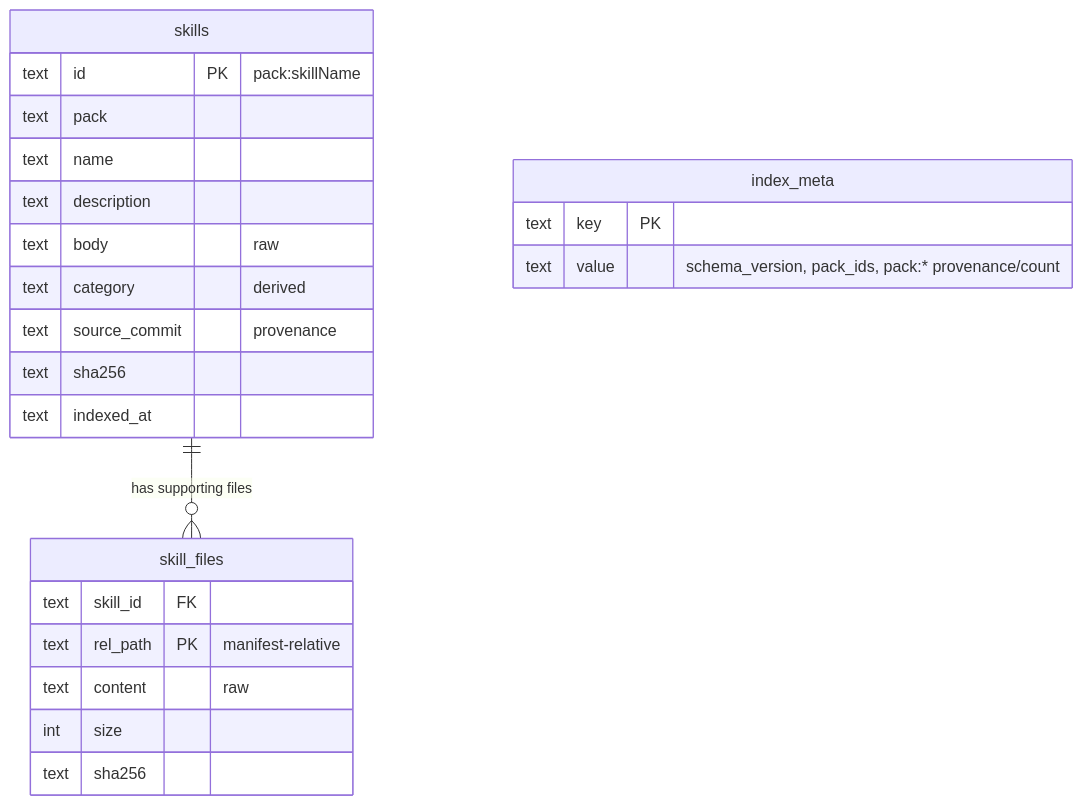
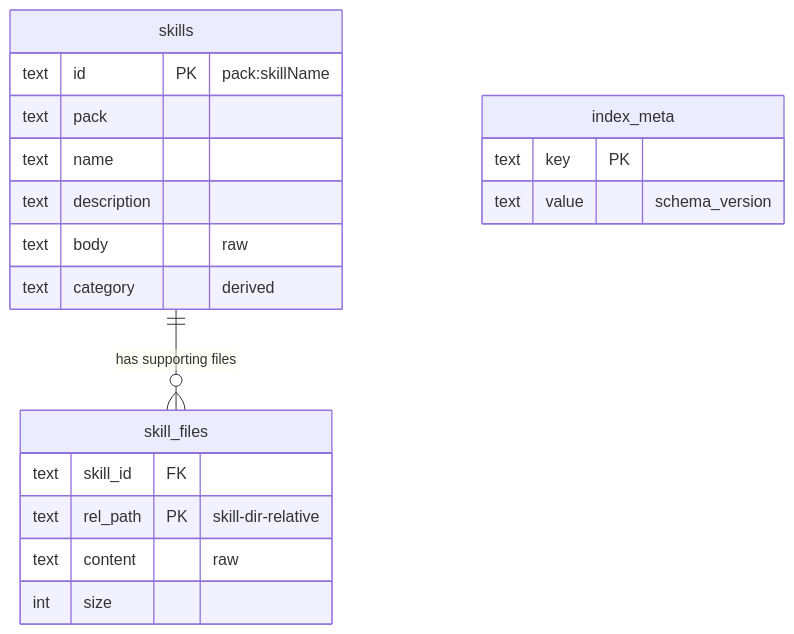
Before and after one commit to Lyther/agent-surface: the second of 3 diagrams in mcps/grimoire/diagrams.md, drawn with Mermaid. The commit also changed other lines of this file and 81 other files, not shown here.

````diff
--- a/mcps/grimoire/diagrams.md
+++ b/mcps/grimoire/diagrams.md
@@ -45,26 +43,22 @@
 ```mermaid
 erDiagram
     skills ||--o{ skill_files : "has supporting files"
     skills {
         text id PK "pack:skillName"
         text pack
         text name
         text description
         text body "raw"
         text category "derived"
-        text source_commit "provenance"
-        text sha256
-        text indexed_at
     }
     skill_files {
         text skill_id FK
-        text rel_path PK "manifest-relative"
+        text rel_path PK "skill-dir-relative"
         text content "raw"
         int  size
-        text sha256
     }
     index_meta {
         text key PK
-        text value "schema_version, pack_ids, pack:* provenance/count"
+        text value "schema_version"
     }
 ```
````
